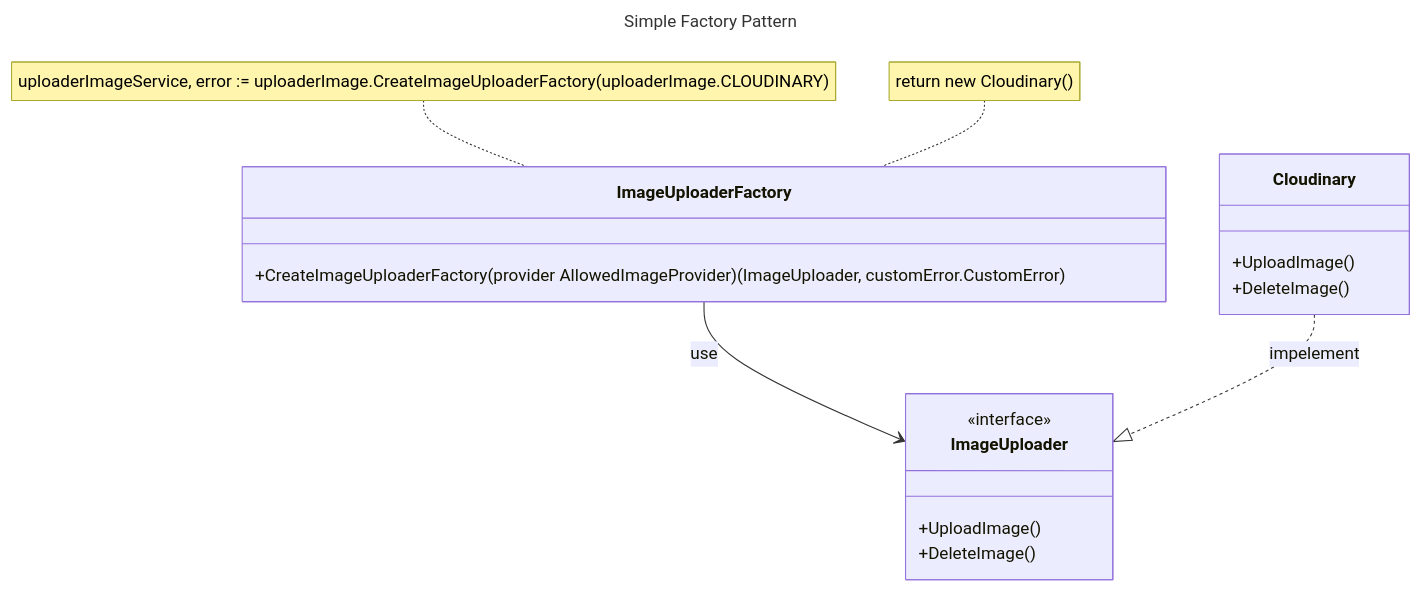
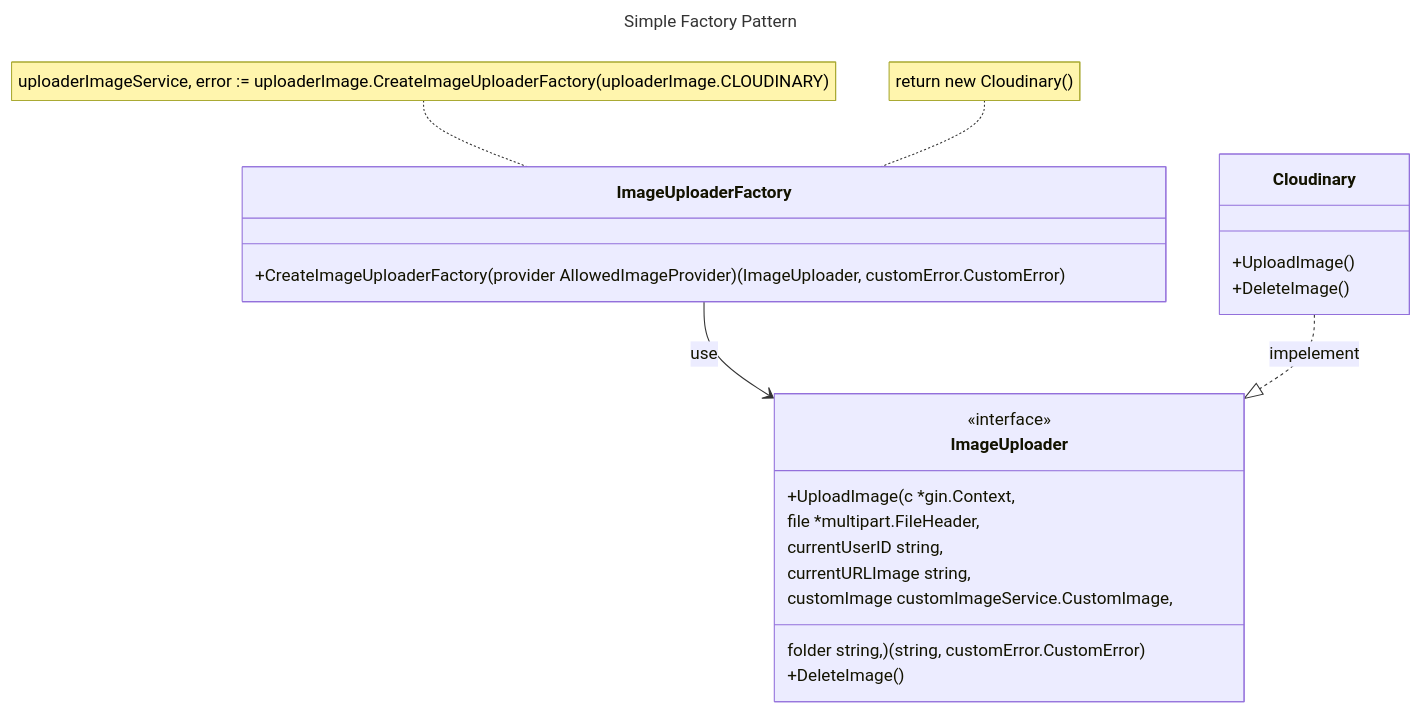
One commit to nahuelDev23/mermaid changed the second of 2 diagrams in readme.md. Above: the diagram before and after it, drawn with Mermaid.

````diff
--- a/readme.md
+++ b/readme.md
@@ -47,27 +47,32 @@
 ```mermaid
 ---
 title: Simple Factory Pattern
 ---
 classDiagram
 
  note for ImageUploaderFactory "uploaderImageService, error := uploaderImage.CreateImageUploaderFactory(uploaderImage.CLOUDINARY)"
   note for ImageUploaderFactory "return new Cloudinary()"
  class ImageUploaderFactory{
  +CreateImageUploaderFactory(provider AllowedImageProvider) (ImageUploader, customError.CustomError)
  }
  
   class ImageUploader{
-  +UploadImage()
+  +UploadImage(c *gin.Context,
+		file *multipart.FileHeader,
+		currentUserID string,
+		currentURLImage string,
+		customImage customImageService.CustomImage,
+		folder string,) (string, customError.CustomError)
   +DeleteImage()
  }
  <<interface>> ImageUploader
  
  ImageUploaderFactory --> ImageUploader : use
  
  class Cloudinary{
  +UploadImage()
   +DeleteImage()
  }  
  
  Cloudinary ..|> ImageUploader : impelement
  ```
````
